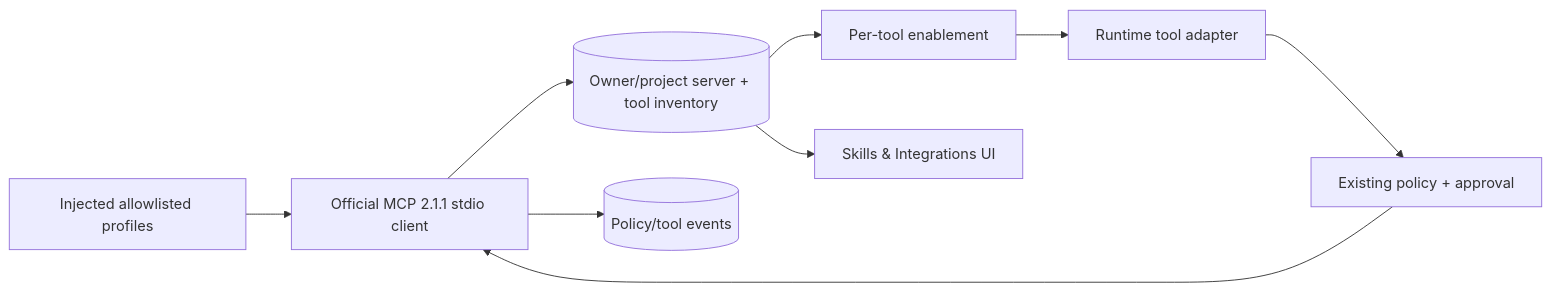
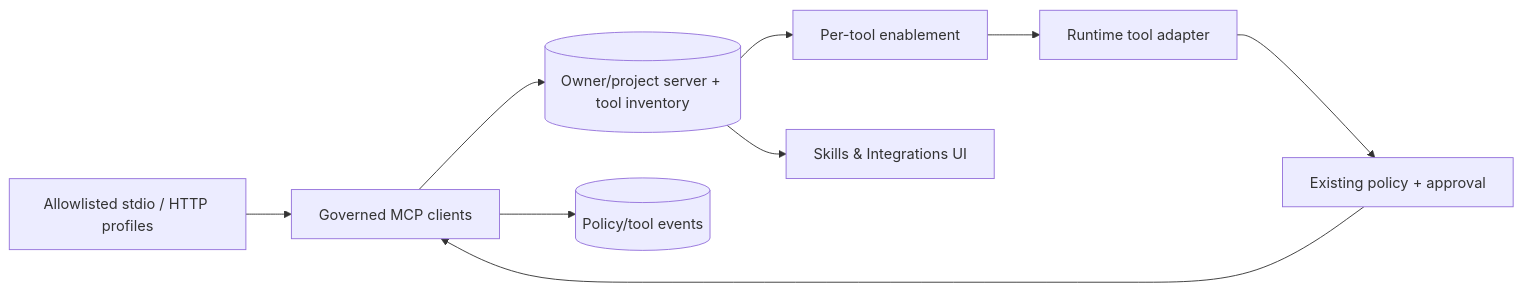
The fifth of 9 diagrams in docs/ARCHITECTURE-DIAGRAMS.md (levalencia/archon), drawn with Mermaid before and after one commit. The commit also changed other lines of this file and 8 other files, not shown here.

````diff
--- a/docs/ARCHITECTURE-DIAGRAMS.md
+++ b/docs/ARCHITECTURE-DIAGRAMS.md
@@ -126,11 +129,11 @@
 ```mermaid
 flowchart LR
-    Profiles[Injected allowlisted profiles] --> Client[Official MCP 2.1.1 stdio client]
+    Profiles[Allowlisted stdio / HTTP profiles] --> Client[Governed MCP clients]
     Client --> Inventory[(Owner/project server + tool inventory)]
     Inventory --> Enable[Per-tool enablement]
     Enable --> Adapter[Runtime tool adapter]
     Adapter --> Policy[Existing policy + approval]
     Policy --> Client
     Client --> Ledger[(Policy/tool events)]
     Inventory --> UI[Skills & Integrations UI]
 ```
````
